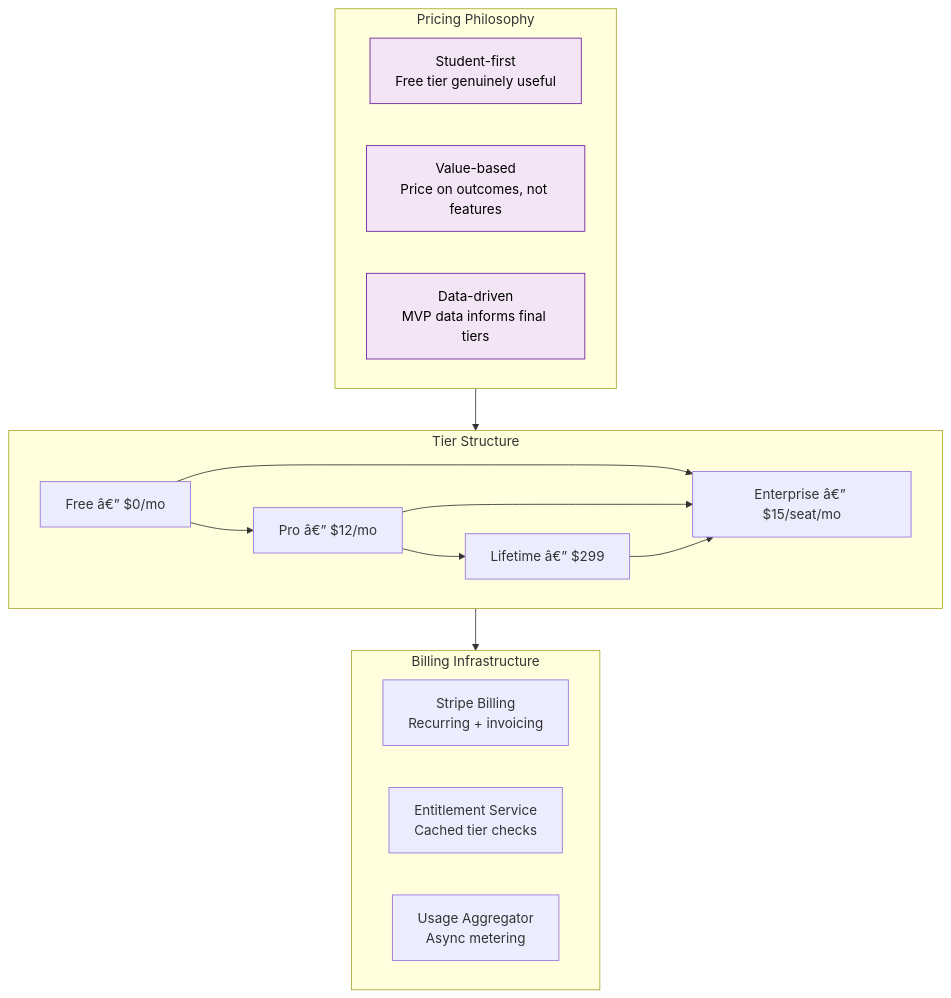
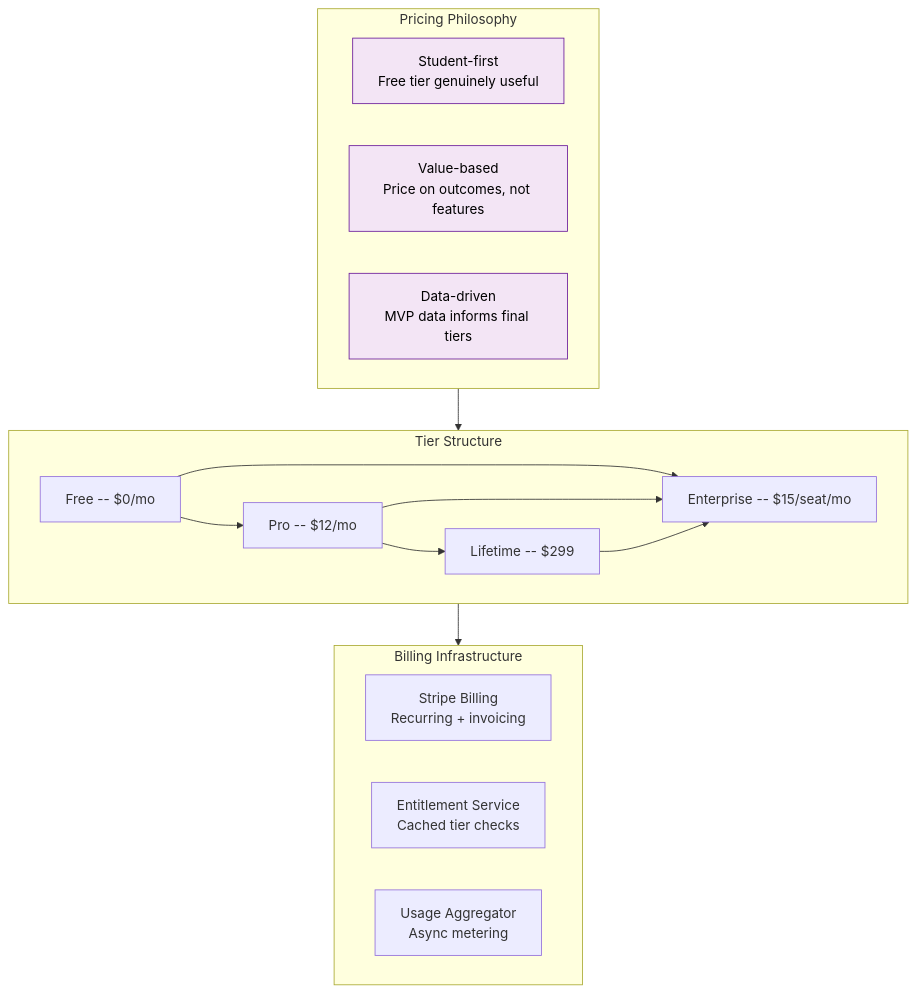
One commit to Driftloom/Vaeloom changed the first of 2 diagrams in Docs/Product/Pricing.md. Above: the diagram before and after it, drawn with Mermaid. The commit also changed other lines of this file and 31 other files, not shown here.

Commit message:
docs(product): add PRD, roadmap, user-stories, personas, specs, and strategy

````diff
--- a/Docs/Product/Pricing.md
+++ b/Docs/Product/Pricing.md
@@ -16,39 +16,39 @@
 ```mermaid
 graph TD
     classDef free fill:#e3f2fd,stroke:#1565c0,color:#000,stroke-width:2px
     classDef pro fill:#e8f5e9,stroke:#2e7d32,color:#000,stroke-width:1.5px
     classDef life fill:#fff8e1,stroke:#f57f17,color:#000,stroke-width:1.5px
     classDef ent fill:#fff3e0,stroke:#e65100,color:#000,stroke-width:1.5px
     classDef principle fill:#f3e5f5,stroke:#6a1b9a,color:#000,stroke-width:1px
     classDef billing fill:#e1f5fe,stroke:#0288d1,color:#000,stroke-width:1px
 
     subgraph Philosophy["Pricing Philosophy"]
         PH1["Student-first<br/>Free tier genuinely useful"]
         PH2["Value-based<br/>Price on outcomes, not features"]
         PH3["Data-driven<br/>MVP data informs final tiers"]
     end
 
     subgraph Tiers["Tier Structure"]
-        Free["Free â€” $0/mo"]
-        Pro["Pro â€” $12/mo"]
-        Life["Lifetime â€” $299"]
-        Ent["Enterprise â€” $15/seat/mo"]
+        Free["Free -- $0/mo"]
+        Pro["Pro -- $12/mo"]
+        Life["Lifetime -- $299"]
+        Ent["Enterprise -- $15/seat/mo"]
     end
 
     subgraph Billing["Billing Infrastructure"]
         B1["Stripe Billing<br/>Recurring + invoicing"]
         B2["Entitlement Service<br/>Cached tier checks"]
         B3["Usage Aggregator<br/>Async metering"]
     end
 
     Philosophy --> Tiers
     Tiers --> Billing
     Free --> Pro --> Life
     Free & Pro & Life --> Ent
 
     class F1,F2,F3,F4,F5 free
     class P1,P2,P3,P4,P5 pro
     class L1,L2 life
     class E1,E2,E3,E4,E5 ent
     class PH1,PH2,PH3 principle
 ```
````
